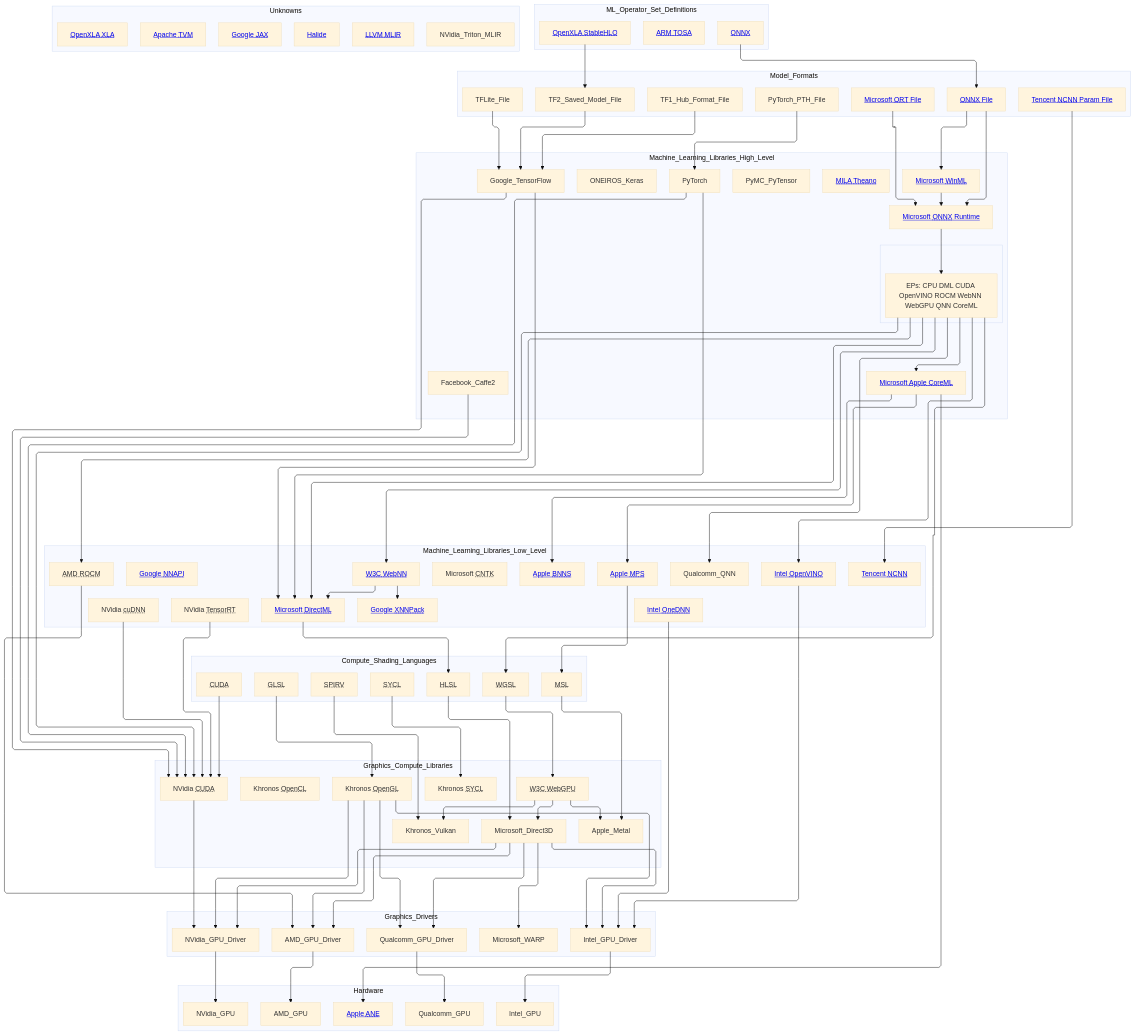
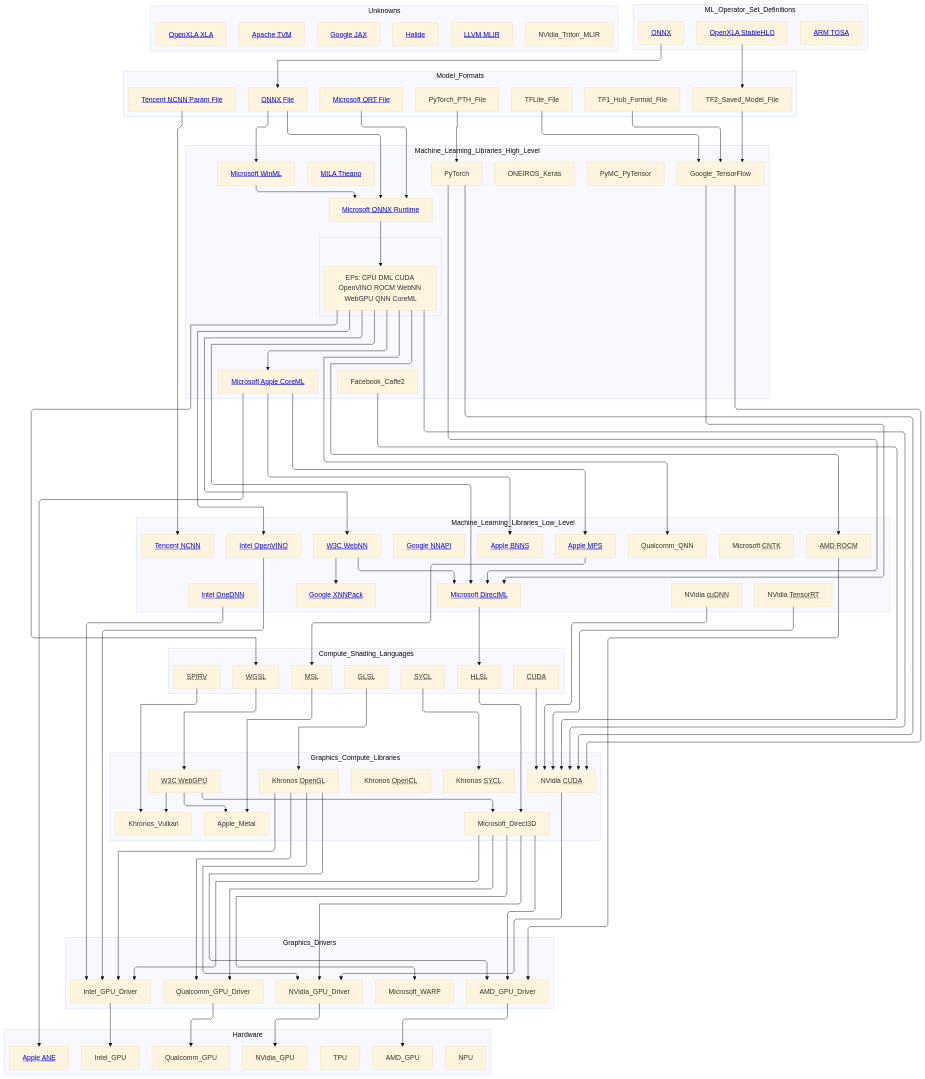
The diagram in MachineLearningEcosystem.md (fdwr/MachineLearningOperators), drawn with Mermaid (base theme) before and after one commit.

Commit message:
Add NPU TPU

```diff
--- a/MachineLearningEcosystem.md
+++ b/MachineLearningEcosystem.md
@@ -86,6 +86,8 @@
         AMD_GPU
         Qualcomm_GPU
         Intel_GPU
+        NPU
+        TPU
     end
 
     subgraph Unknowns
```
